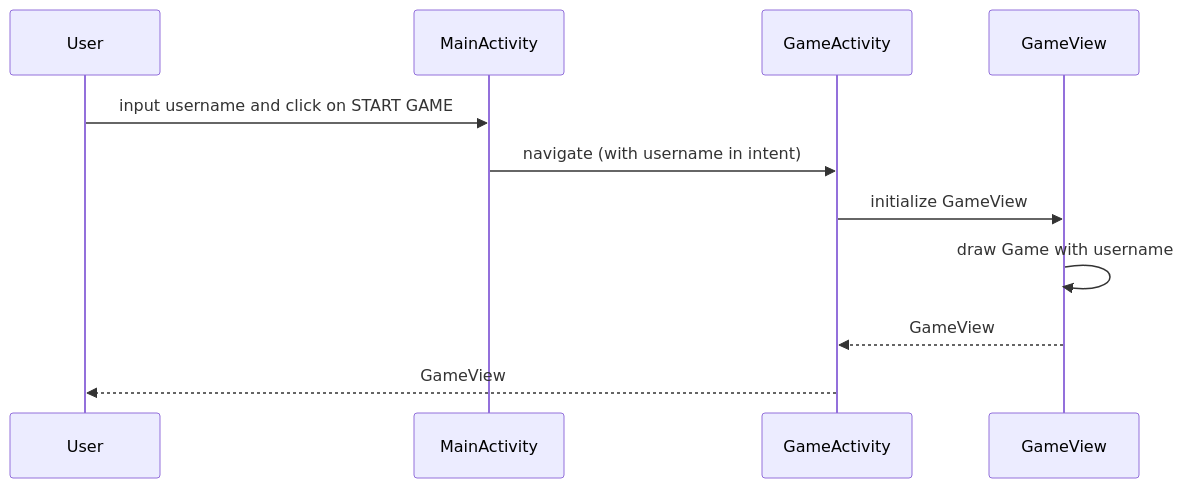
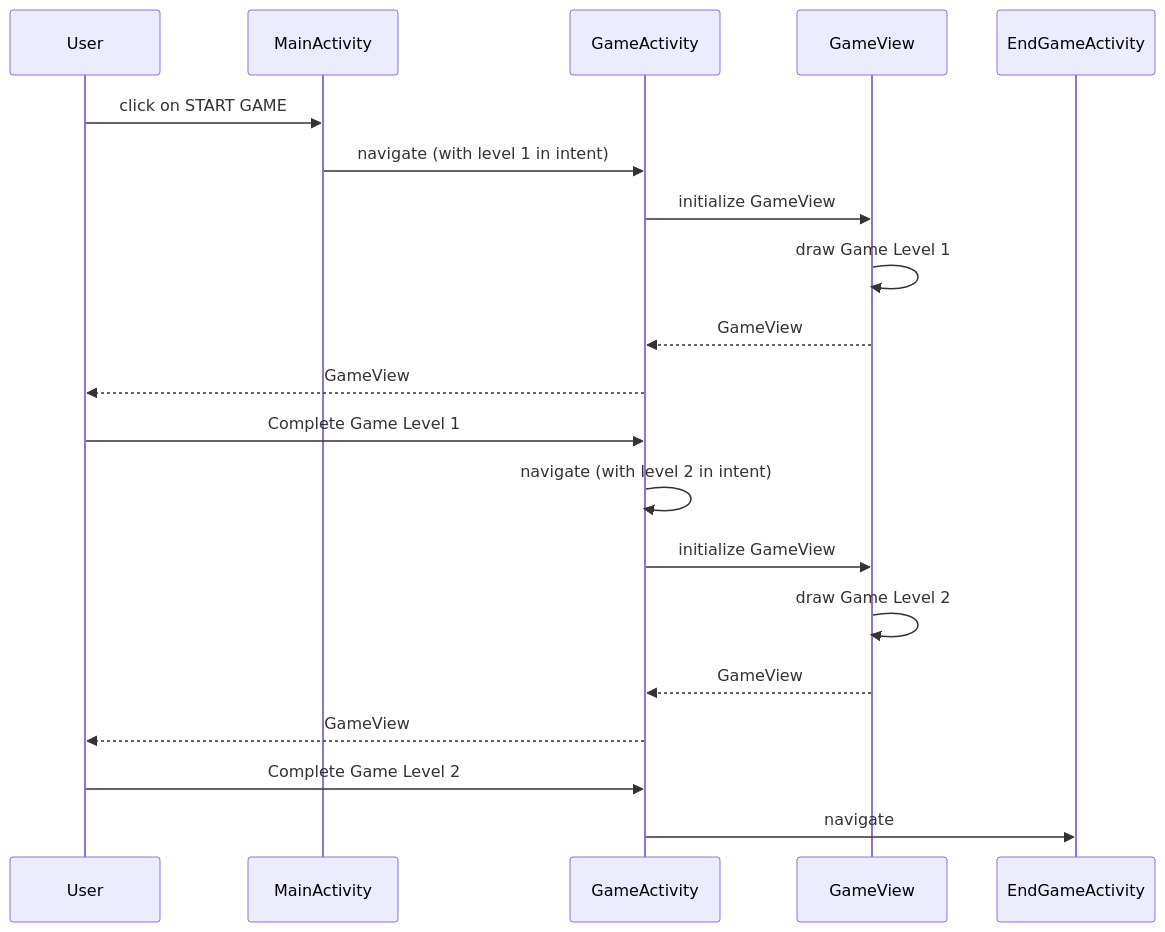
One commit to suo-haoran/caja-quest changed the first of 5 diagrams in README.md. Above: the diagram before and after it, drawn with Mermaid. The commit also changed other lines of this file and 4 other files, not shown here.

````diff
--- a/README.md
+++ b/README.md
@@ -145,9 +143,17 @@
 ```mermaid
 sequenceDiagram
-User ->> MainActivity: input username and click on START GAME
-MainActivity->>GameActivity: navigate (with username in intent)
-GameActivity->>GameView: initialize GameView
-GameView->>GameView: draw Game with username
-GameView-->>GameActivity: GameView
-GameActivity-->>User: GameView
+  User ->> MainActivity: click on START GAME
+  MainActivity ->> GameActivity: navigate (with level 1 in intent)
+  GameActivity ->> GameView: initialize GameView
+  GameView ->> GameView: draw Game Level 1
+  GameView -->> GameActivity: GameView
+  GameActivity -->> User: GameView
+  User ->> GameActivity: Complete Game Level 1
+  GameActivity ->> GameActivity: navigate (with level 2 in intent)
+  GameActivity ->> GameView: initialize GameView
+  GameView ->> GameView: draw Game Level 2
+  GameView -->> GameActivity: GameView
+  GameActivity -->> User: GameView
+  User ->> GameActivity: Complete Game Level 2
+  GameActivity ->> EndGameActivity: navigate
 ```
````
